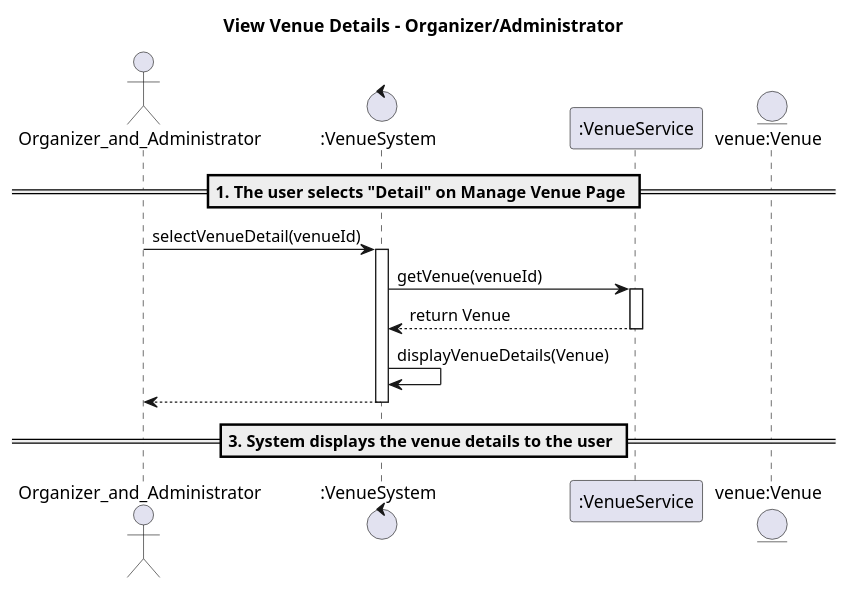
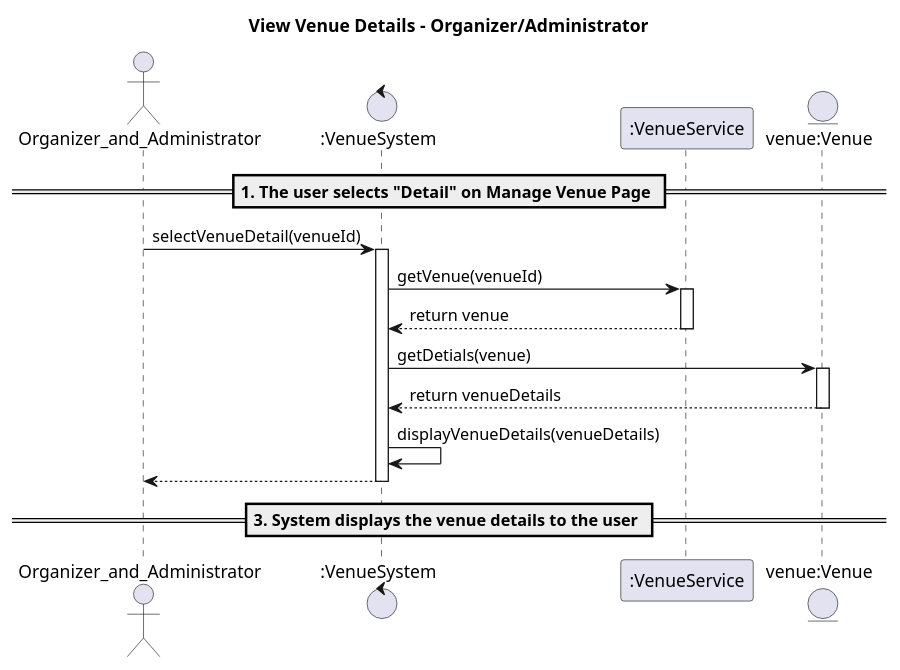
Before and after one commit to mrle0429/Event-Management-System: the diagram in 02-analysis/usecases/text/14-view-details-venue.puml, drawn with PlantUML. The commit also changed 6 other files, not shown here.

```diff
--- a/02-analysis/usecases/text/14-view-details-venue.puml
+++ b/02-analysis/usecases/text/14-view-details-venue.puml
@@ -1,21 +1,25 @@
 @startuml
 title View Venue Details - Organizer/Administrator
 
 actor Organizer_and_Administrator as OrganizerAdmin
 control ":VenueSystem" as VMS
 participant ":VenueService" as VMSS
 entity "venue:Venue" as DB
 
 == 1. The user selects "Detail" on Manage Venue Page ==
 OrganizerAdmin -> VMS : selectVenueDetail(venueId)
 activate VMS
 
 VMS -> VMSS : getVenue(venueId)
 activate VMSS
-VMSS --> VMS : return Venue
+VMSS --> VMS : return venue
 deactivate VMSS
-VMS -> VMS : displayVenueDetails(Venue)
+VMS -> DB : getDetials(venue)
+activate DB
+DB --> VMS : return venueDetails
+deactivate DB
+VMS -> VMS : displayVenueDetails(venueDetails)
 VMS --> OrganizerAdmin :
 deactivate VMS
 == 3. System displays the venue details to the user ==
 @enduml
```
